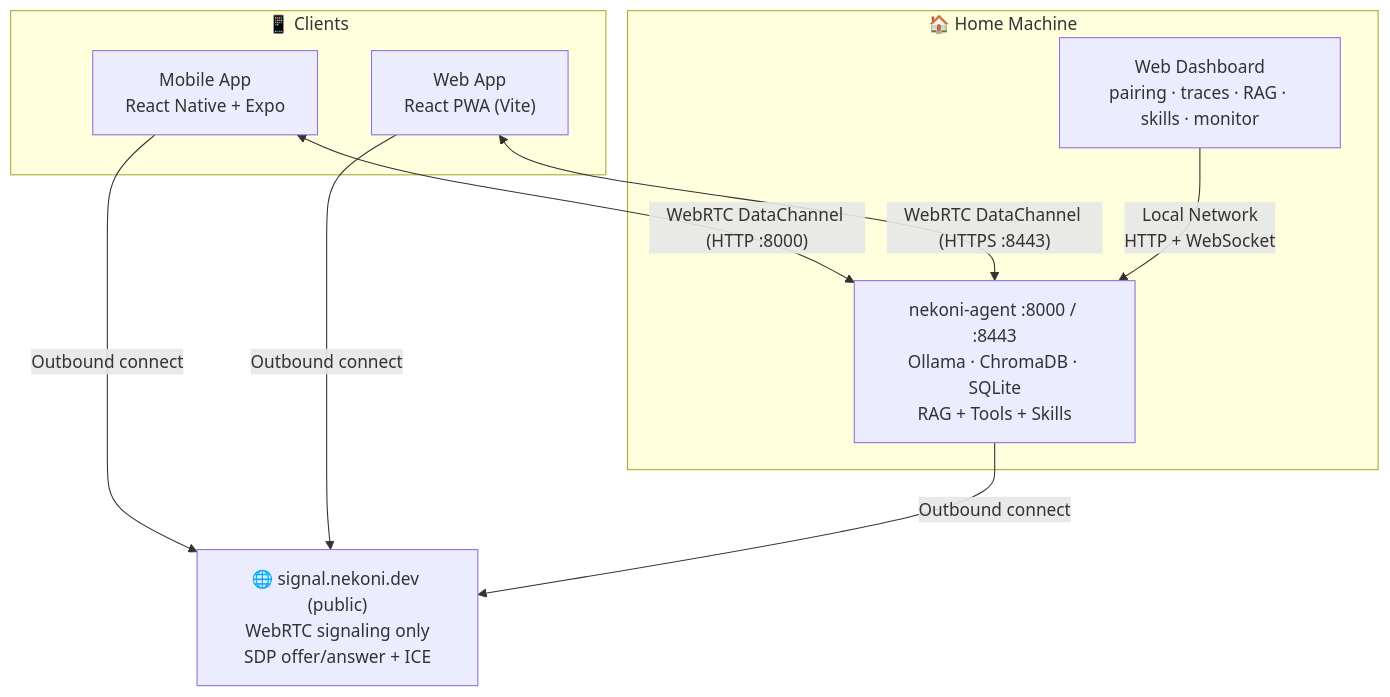
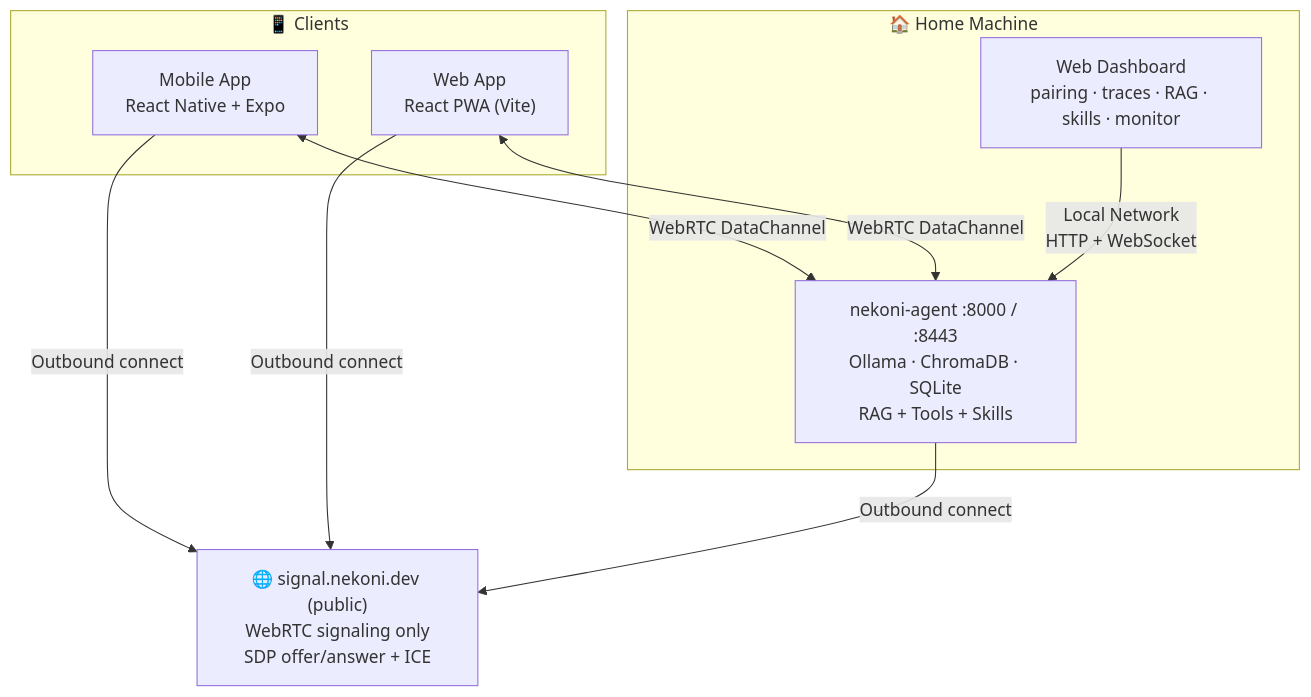
One commit to nekonihq/nekoni changed the first of 3 diagrams in README.md. Above: the diagram before and after it, drawn with Mermaid. The commit also changed other lines of this file, not shown here.

Commit message:
Cleanup diagram

````diff
--- a/README.md
+++ b/README.md
@@ -11,21 +11,21 @@
 ```mermaid
 graph TD
     SIG["🌐 signal.nekoni.dev (public)\nWebRTC signaling only\nSDP offer/answer + ICE"]
 
     subgraph CLIENTS ["📱 Clients"]
         MOBILE["Mobile App\nReact Native + Expo"]
         WEB["Web App\nReact PWA (Vite)"]
     end
 
     subgraph HOME ["🏠 Home Machine"]
         AGENT["nekoni-agent :8000 / :8443\nOllama · ChromaDB · SQLite\nRAG + Tools + Skills"]
         DASH["Web Dashboard\npairing · traces · RAG · skills · monitor"]
     end
 
     MOBILE -- "Outbound connect" --> SIG
     WEB -- "Outbound connect" --> SIG
     AGENT -- "Outbound connect" --> SIG
-    MOBILE <-- "WebRTC DataChannel (HTTP :8000)" --> AGENT
-    WEB <-- "WebRTC DataChannel (HTTPS :8443)" --> AGENT
+    MOBILE <-- "WebRTC DataChannel" --> AGENT
+    WEB <-- "WebRTC DataChannel" --> AGENT
     DASH -- "Local Network\nHTTP + WebSocket" --> AGENT
 ```
````
